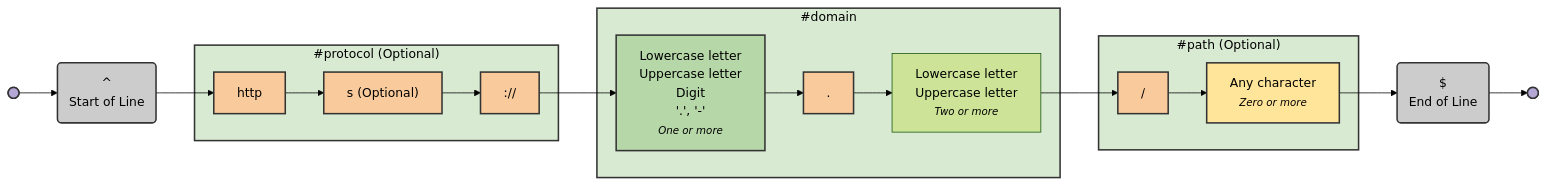
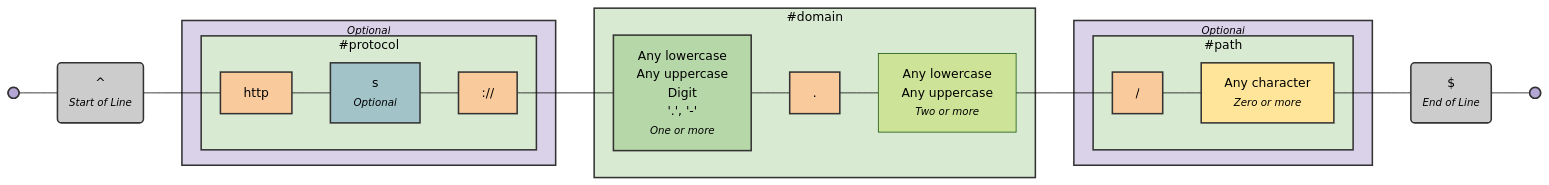
Before and after one commit to tayles/regex-to-mermaid: the diagram in diagrams/example-1.mermaid, drawn with Mermaid (forest theme).

Commit message:
feat: Styling; arrow styles; optional subgraphs

```diff
--- a/diagrams/example-1.mermaid
+++ b/diagrams/example-1.mermaid
@@ -1,90 +1,92 @@
 %% /^(?<protocol>https?:\/\/)?(?<domain>[a-zA-Z0-9.-]+\.[a-zA-Z]{2,})(?<path>\/.*)?$/
 
 graph LR
     %% Nodes
     start@{ shape: f-circ, label: "Start" };
     fin@{ shape: f-circ, label: "End" };
 
-    start_of_line("^<br>Start of Line");
+    start_of_line("^<br><i><small>Start of Line</small></i>");
     http["http"];
-    s["s (Optional)"];
+    s["s<br><i><small>Optional</small></i>"];
     colon_slash_slash["://"];
-    domain_name["Lowercase letter<br>Uppercase letter<br>Digit<br>'.', '-'<br><i><small>One or more</small></i>"];
+    domain_name["Any lowercase<br>Any uppercase<br>Digit<br>'.', '-'<br><i><small>One or more</small></i>"];
     dot["."];
-    tld["Lowercase letter<br>Uppercase letter<br><i><small>Two or more</small></i>"];
+    tld["Any lowercase<br>Any uppercase<br><i><small>Two or more</small></i>"];
     slash["/"];
     any_char["Any character<br><i><small>Zero or more</small></i>"];
-    end_of_line("$<br>End of Line");
+    end_of_line("$<br><i><small>End of Line</small></i>");
 
     %% Subgraphs
-    subgraph protocol_group ["#protocol (Optional)"];
+    subgraph protocol_group ["#protocol"];
         http
         s
         colon_slash_slash
+    end
+
+    subgraph optional_1 ["<i><small>Optional</small></i>"];
+        protocol_group
     end
 
     subgraph domain_group ["#domain"];
         domain_name
         dot
         tld;
     end
 
-    subgraph path_group ["#path (Optional)"];
+    subgraph path_group ["#path"];
         slash
         any_char
     end
 
+    subgraph optional_2 ["<i><small>Optional</small></i>"];
+        path_group
+    end
+
     %% Edges
-    start --> start_of_line;
-    start_of_line --> http;
-    http --> s;
-    s --> colon_slash_slash;
-    colon_slash_slash --> domain_name;
-    domain_name --> dot;
-    dot --> tld;
-    tld --> slash;
-    slash --> any_char;
-    any_char --> end_of_line;
-    end_of_line --> fin;
+    start --- start_of_line;
+    start_of_line --- http;
+    http --- s;
+    s --- colon_slash_slash;
+    colon_slash_slash --- domain_name;
+    domain_name --- dot;
+    dot --- tld;
+    tld --- slash;
+    slash --- any_char;
+    any_char --- end_of_line;
+    end_of_line --- fin;
 
     %% Styling Definitions
     %% Node Styling
+    classDef circle fill:#B4A7D6,stroke:#333,stroke-width:2px,color:black;
     classDef zeroOrMore fill:#FFE599,stroke:#333,stroke-width:2px,color:black;
     classDef oneOrMore fill:#B6D7A8,stroke:#333,stroke-width:2px,color:black;
+    classDef zeroOrOne fill:#A2C4C9,stroke:#333,stroke-width:2px,color:black;
     classDef range fill:#76A5AF,stroke:#333,stroke-width:2px,color:black;
     classDef oneOf fill:#F6B26B,stroke:#333,stroke-width:2px,color:black;
     classDef noneOf fill:#E06666,stroke:#333,stroke-width:2px,color:black;
-    classDef start fill:#B4A7D6,stroke:#333,stroke-width:2px,color:black;
-    classDef fin fill:#B4A7D6,stroke:#333,stroke-width:2px,color:black;
     classDef literal fill:#F9CB9C,stroke:#333,stroke-width:2px,color:black;
     classDef terminator fill:#CCCCCC,stroke:#333,stroke-width:2px,color:black;
 
     %% Group Styling
     classDef captureGroup fill:#FFF2CC,stroke:#333,stroke-width:2px,color:black;
     classDef namedCaptureGroup fill:#D9EAD3,stroke:#333,stroke-width:2px,color:black;
     classDef nonCapturingGroup fill:#CFE2F3,stroke:#333,stroke-width:2px,color:black;
     classDef positiveLookahead fill:#D5A6BD,stroke:#333,stroke-width:2px,color:black;
     classDef negativeLookahead fill:#A4C2F4,stroke:#333,stroke-width:2px,color:black;
     classDef positiveLookbehind fill:#B7B7B7,stroke:#333,stroke-width:2px,color:black;
     classDef negativeLookbehind fill:#EAD1DC,stroke:#333,stroke-width:2px,color:black;
-    classDef optional fill:#D9D2E9,stroke:#333,stroke-width:2px,color:black;
+    classDef optionalGroup fill:#D9D2E9,stroke:#333,stroke-width:2px,color:black;
 
     %% Apply Styling Classes
     %% Node Classes
-    class start start;
-    class start_of_line terminator;
-    class http literal;
-    class s literal;
-    class colon_slash_slash literal;
+    class start,fin circle;
+    class start_of_line,end_of_line terminator;
+    class http,dot,colon_slash_slash,slash literal;
+    class s zeroOrOne;
     class domain_name oneOrMore;
-    class dot literal;
     class tld twoOrMore;
-    class slash literal;
     class any_char zeroOrMore;
-    class end_of_line terminator;
-    class fin fin;
 
     %% Group Classes
-    class protocol_group namedCaptureGroup;
-    class domain_group namedCaptureGroup;
-    class path_group namedCaptureGroup;
+    class protocol_group,domain_group,path_group namedCaptureGroup;
+    class optional_1,optional_2 optionalGroup;
```
